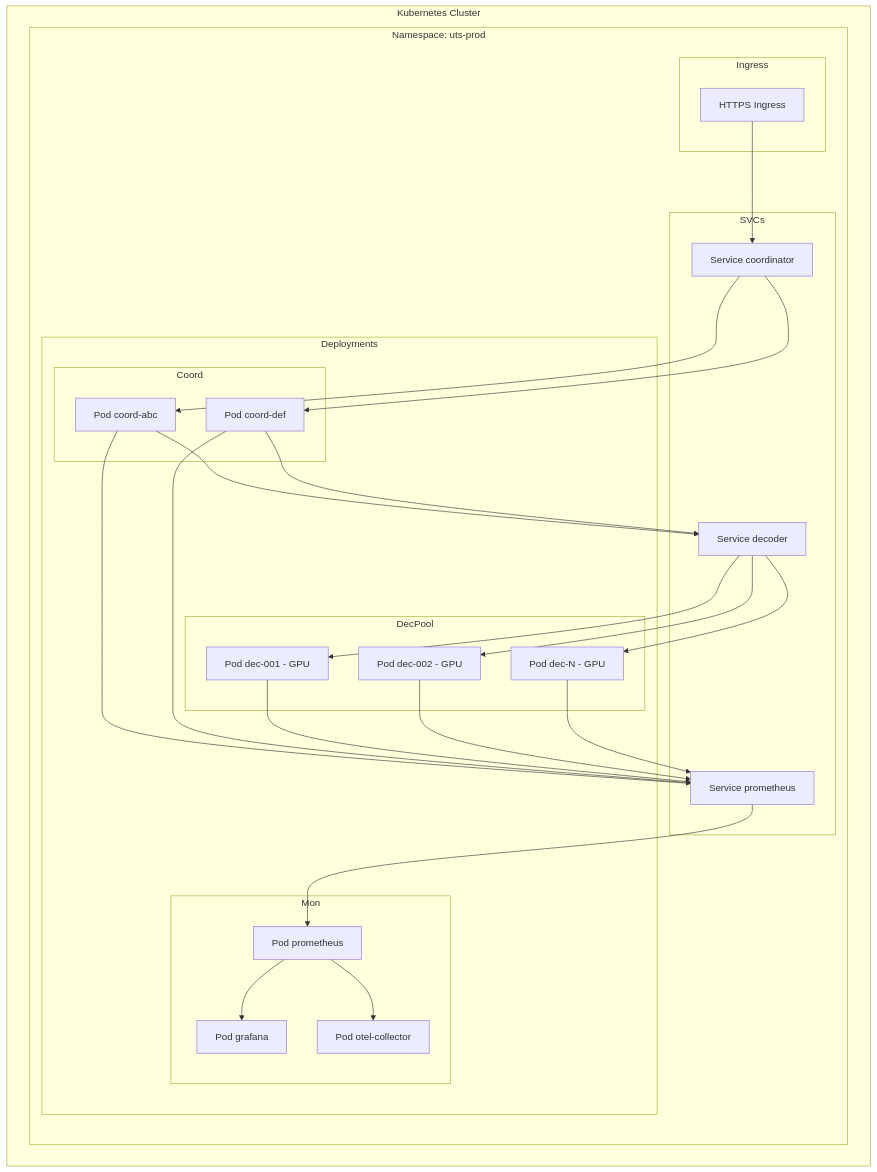
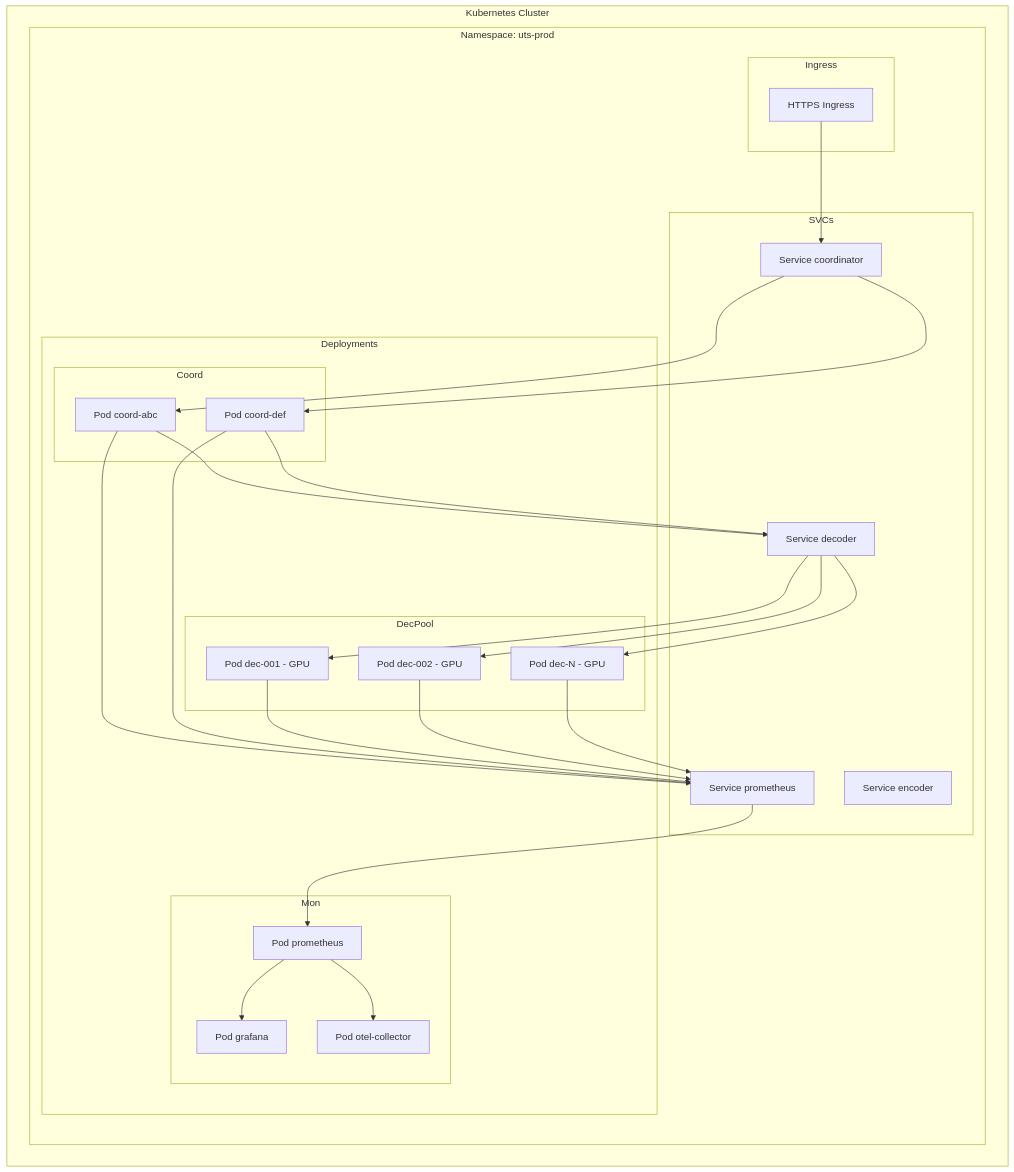
One commit to code-with-zeeshan/universal-translation-system changed the sixth of 6 diagrams in docs/ARCHITECTURE.md. Above: the diagram before and after it, drawn with Mermaid. The commit also changed other lines of this file and 374 other files, not shown here.

````diff
--- a/docs/ARCHITECTURE.md
+++ b/docs/ARCHITECTURE.md
@@ -468,54 +461,55 @@
 ```mermaid
 flowchart TB
     subgraph Cluster[Kubernetes Cluster]
         subgraph NS[Namespace: uts-prod]
             subgraph Ingress
                 IG[HTTPS Ingress]
             end
 
             subgraph SVCs
                 SCoord[Service coordinator]
                 SDec[Service decoder]
+                SEnc[Service encoder]
                 SMon[Service prometheus]
             end
 
             subgraph Deployments
                 subgraph Coord
                     CPod1[Pod coord-abc]
                     CPod2[Pod coord-def]
                 end
                 subgraph DecPool
                     DPod1[Pod dec-001 - GPU]
                     DPod2[Pod dec-002 - GPU]
                     DPodN[Pod dec-N - GPU]
                 end
                 subgraph Mon
                     PPod[Pod prometheus]
                     GPod[Pod grafana]
                     OTel[Pod otel-collector]
                 end
             end
         end
     end
 
     IG --> SCoord
     SCoord --> CPod1
     SCoord --> CPod2
 
     CPod1 --> SDec
     CPod2 --> SDec
 
     SDec --> DPod1
     SDec --> DPod2
     SDec --> DPodN
 
     CPod1 --> SMon
     CPod2 --> SMon
     DPod1 --> SMon
     DPod2 --> SMon
     DPodN --> SMon
 
     SMon --> PPod
     PPod --> GPod
     PPod --> OTel
 ```
````
